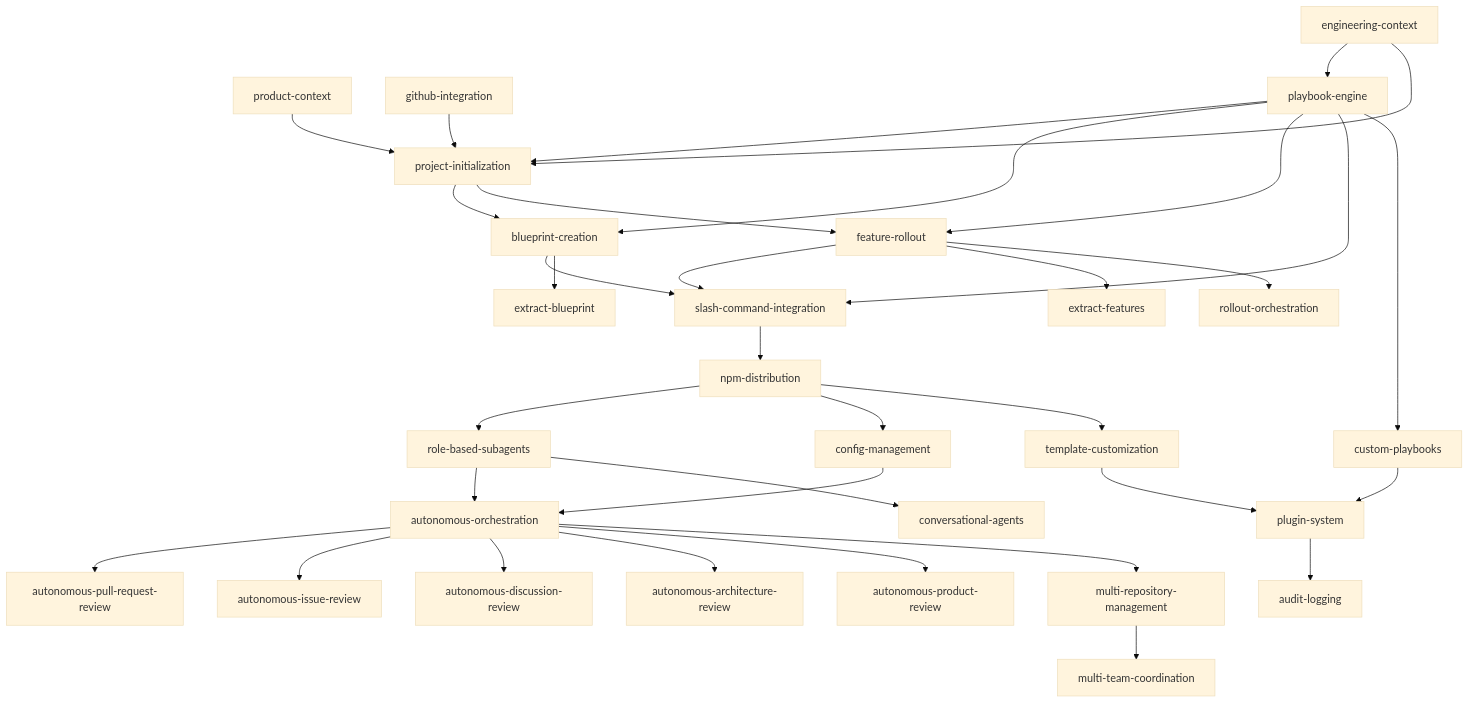
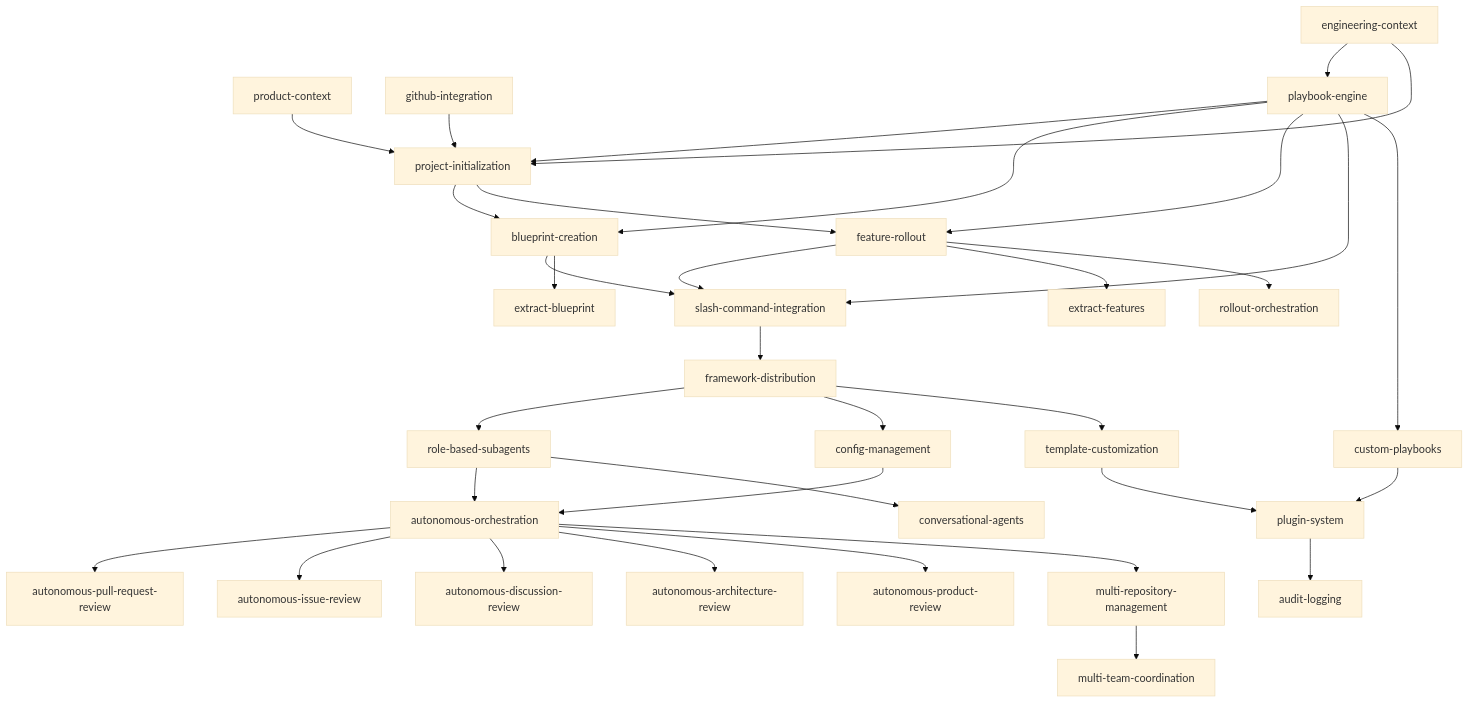
One commit to Xerilium/catalyst changed the diagram in .xe/specs/blueprint/plan.md. Above: the diagram before and after it, drawn with Mermaid (base theme). The commit also changed other lines of this file and 1 other file, not shown here.

```diff
--- a/.xe/specs/blueprint/plan.md
+++ b/.xe/specs/blueprint/plan.md
@@ -333,7 +341,7 @@
     sc[slash-command-integration]
 
     %% Phase 1 - Tier 1.5
-    npm[npm-distribution]
+    dist[framework-distribution]
 
     %% Phase 1 - Tier 1.6
     ef[extract-features]
@@ -376,13 +384,13 @@
     pe --> sc
     bc --> sc
     fr --> sc
-    sc --> npm
+    sc --> dist
     fr --> ef
     bc --> eb
 
     %% Phase 2 Dependencies
-    npm --> rbs
-    npm --> cm
+    dist --> rbs
+    dist --> cm
     rbs --> ao
     cm --> ao
     fr --> ro
@@ -396,7 +404,7 @@
     rbs --> ca
 
     %% Phase 4 Dependencies
-    npm --> tc
+    dist --> tc
     pe --> cp
     tc --> ps
     cp --> ps
```
